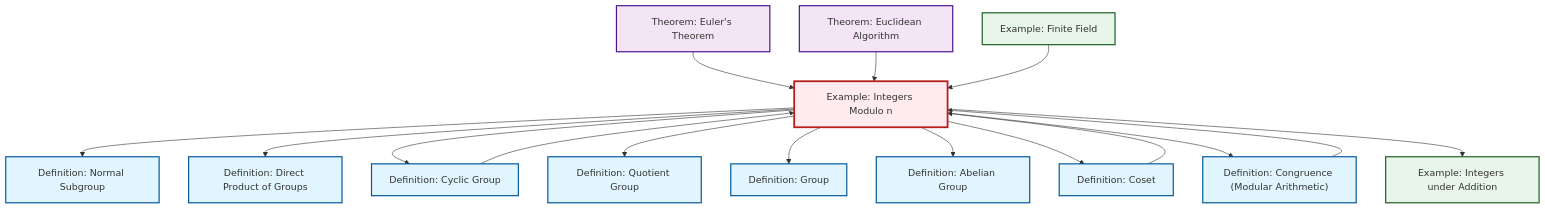
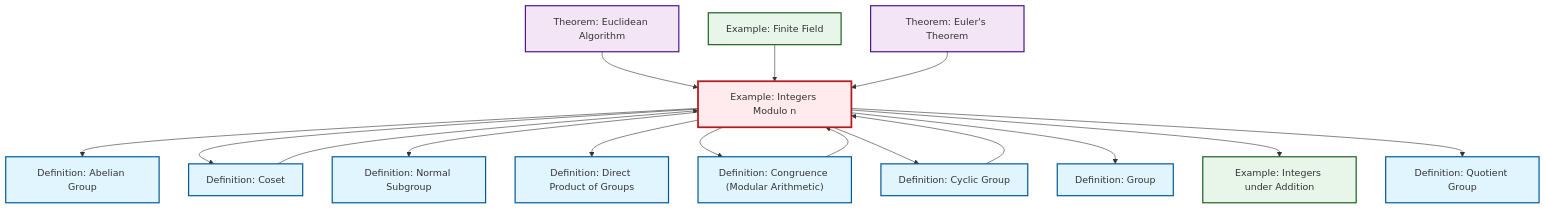
The diagram in content/ja/algebra/ex-quotient-integers-mod-n.qmd (RK0429/ModernMath), drawn with Mermaid before and after one commit. The commit also changed other lines of this file and 531 other files, not shown here.

````diff
--- a/content/ja/algebra/ex-quotient-integers-mod-n.qmd
+++ b/content/ja/algebra/ex-quotient-integers-mod-n.qmd
@@ -134,50 +134,50 @@
 ```{mermaid}
 %%| fig-cap: "Local dependency graph"
 graph TD
     classDef definition fill:#e1f5fe,stroke:#01579b,stroke-width:2px
     classDef theorem fill:#f3e5f5,stroke:#4a148c,stroke-width:2px
     classDef axiom fill:#fff3e0,stroke:#e65100,stroke-width:2px
     classDef example fill:#e8f5e9,stroke:#1b5e20,stroke-width:2px
     classDef current fill:#ffebee,stroke:#b71c1c,stroke-width:3px
+    ex-finite-field["Example: Finite Field"]:::example
+    def-abelian-group["Definition: Abelian Group"]:::definition
+    def-cyclic-group["Definition: Cyclic Group"]:::definition
+    def-quotient-group["Definition: Quotient Group"]:::definition
+    thm-euler["Theorem: Euler's Theorem"]:::theorem
+    def-direct-product["Definition: Direct Product of Groups"]:::definition
+    def-congruence["Definition: Congruence (Modular Arithmetic)"]:::definition
+    def-group["Definition: Group"]:::definition
     def-normal-subgroup["Definition: Normal Subgroup"]:::definition
     ex-quotient-integers-mod-n["Example: Integers Modulo n"]:::example
+    ex-integers-addition["Example: Integers under Addition"]:::example
     def-coset["Definition: Coset"]:::definition
-    def-quotient-group["Definition: Quotient Group"]:::definition
-    ex-integers-addition["Example: Integers under Addition"]:::example
-    thm-euler["Theorem: Euler's Theorem"]:::theorem
-    def-cyclic-group["Definition: Cyclic Group"]:::definition
-    def-group["Definition: Group"]:::definition
-    def-congruence["Definition: Congruence (Modular Arithmetic)"]:::definition
-    ex-finite-field["Example: Finite Field"]:::example
-    def-abelian-group["Definition: Abelian Group"]:::definition
-    def-direct-product["Definition: Direct Product of Groups"]:::definition
     thm-euclidean-algorithm["Theorem: Euclidean Algorithm"]:::theorem
     def-cyclic-group --> ex-quotient-integers-mod-n
+    def-coset --> ex-quotient-integers-mod-n
+    ex-quotient-integers-mod-n --> def-abelian-group
+    thm-euclidean-algorithm --> ex-quotient-integers-mod-n
+    ex-finite-field --> ex-quotient-integers-mod-n
+    ex-quotient-integers-mod-n --> def-coset
     thm-euler --> ex-quotient-integers-mod-n
     ex-quotient-integers-mod-n --> def-normal-subgroup
     ex-quotient-integers-mod-n --> def-direct-product
+    ex-quotient-integers-mod-n --> def-congruence
     ex-quotient-integers-mod-n --> def-cyclic-group
-    thm-euclidean-algorithm --> ex-quotient-integers-mod-n
-    def-coset --> ex-quotient-integers-mod-n
+    ex-quotient-integers-mod-n --> def-group
     def-congruence --> ex-quotient-integers-mod-n
+    ex-quotient-integers-mod-n --> ex-integers-addition
     ex-quotient-integers-mod-n --> def-quotient-group
-    ex-finite-field --> ex-quotient-integers-mod-n
-    ex-quotient-integers-mod-n --> def-group
-    ex-quotient-integers-mod-n --> def-abelian-group
-    ex-quotient-integers-mod-n --> def-coset
-    ex-quotient-integers-mod-n --> def-congruence
-    ex-quotient-integers-mod-n --> ex-integers-addition
     class ex-quotient-integers-mod-n current
-    click def-normal-subgroup "def-normal-subgroup.html" "Definition: Normal Subgroupへ"
-    click def-coset "def-coset.html" "Definition: Cosetへ"
-    click def-quotient-group "def-quotient-group.html" "Definition: Quotient Groupへ"
-    click ex-integers-addition "ex-integers-addition.html" "Example: Integers under Additionへ"
-    click thm-euler "thm-euler.html" "Theorem: Euler's Theoremへ"
-    click def-cyclic-group "def-cyclic-group.html" "Definition: Cyclic Groupへ"
-    click def-group "def-group.html" "Definition: Groupへ"
-    click def-congruence "def-congruence.html" "Definition: Congruence (Modular Arithmetic)へ"
     click ex-finite-field "ex-finite-field.html" "Example: Finite Fieldへ"
     click def-abelian-group "def-abelian-group.html" "Definition: Abelian Groupへ"
+    click def-cyclic-group "def-cyclic-group.html" "Definition: Cyclic Groupへ"
+    click def-quotient-group "def-quotient-group.html" "Definition: Quotient Groupへ"
+    click thm-euler "thm-euler.html" "Theorem: Euler's Theoremへ"
     click def-direct-product "def-direct-product.html" "Definition: Direct Product of Groupsへ"
+    click def-congruence "def-congruence.html" "Definition: Congruence (Modular Arithmetic)へ"
+    click def-group "def-group.html" "Definition: Groupへ"
+    click def-normal-subgroup "def-normal-subgroup.html" "Definition: Normal Subgroupへ"
+    click ex-integers-addition "ex-integers-addition.html" "Example: Integers under Additionへ"
+    click def-coset "def-coset.html" "Definition: Cosetへ"
     click thm-euclidean-algorithm "thm-euclidean-algorithm.html" "Theorem: Euclidean Algorithmへ"
 ```
````
